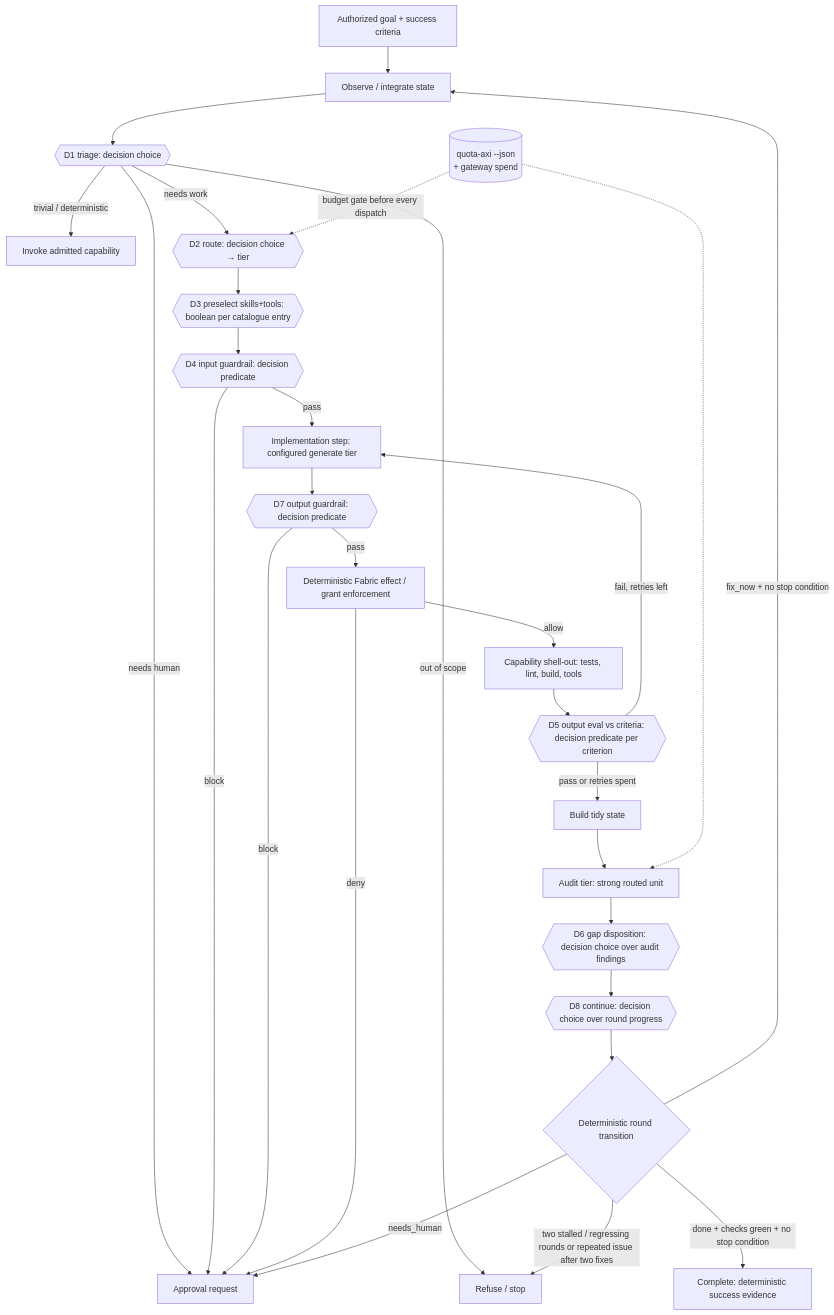
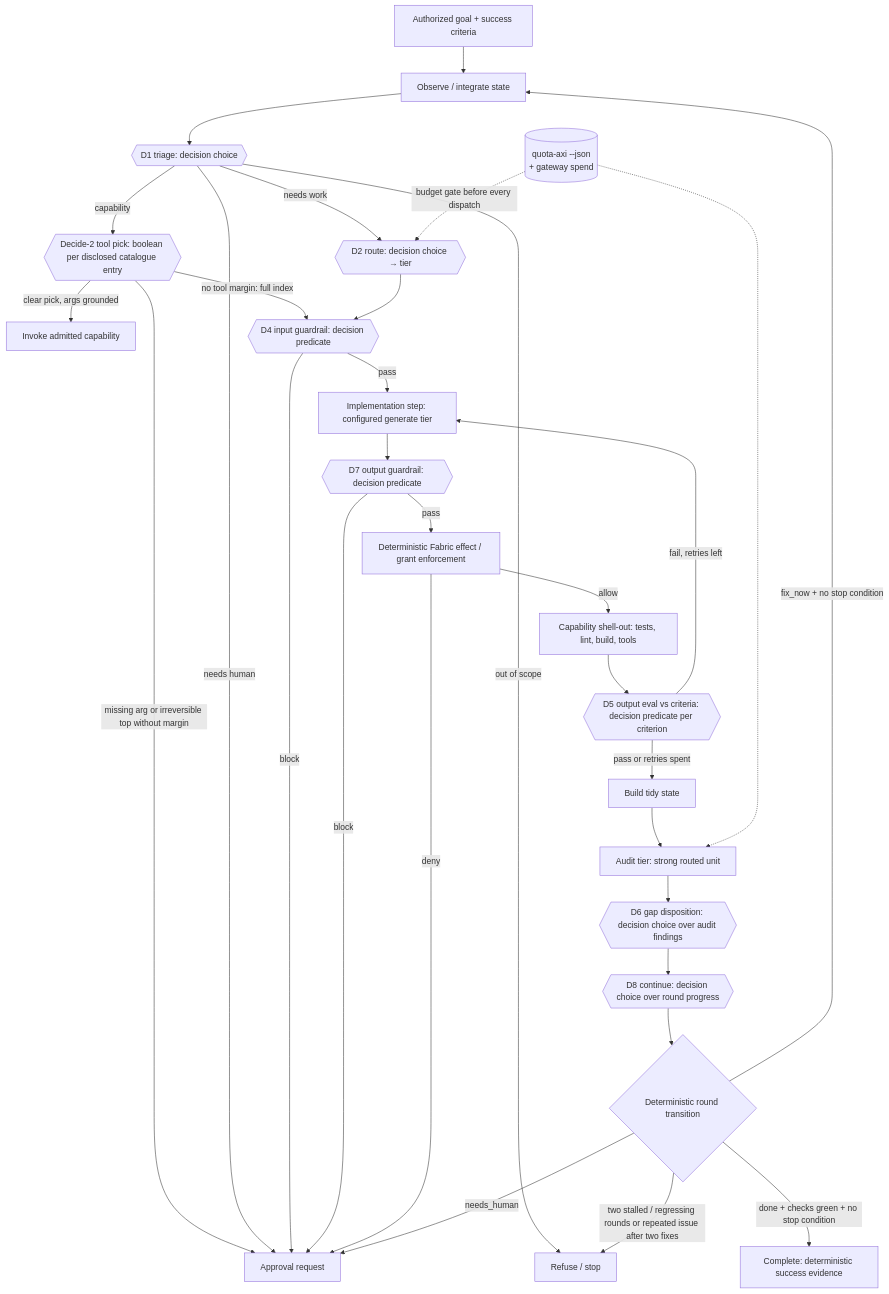
The diagram in docs/m7-decision-loop.md (CrowBe/weave), drawn with Mermaid before and after one commit. The commit also changed other lines of this file and 18 other files, not shown here.

First line of the commit message:
feat(loom): Decide-2 picks one catalogue entry; D3 leaves the loop (WV-S1 P4c) (#413) (#422)

````diff
--- a/docs/m7-decision-loop.md
+++ b/docs/m7-decision-loop.md
@@ -32,31 +32,33 @@
 ```mermaid
 flowchart TD
   G[Authorized goal + success criteria] --> O[Observe / integrate state]
   O --> T{{D1 triage: decision choice}}
-  T -->|trivial / deterministic| CAP[Invoke admitted capability]
+  T -->|capability| DEC2{{Decide-2 tool pick: boolean per disclosed catalogue entry}}
+  DEC2 -->|clear pick, args grounded| CAP[Invoke admitted capability]
+  DEC2 -->|missing arg or irreversible top without margin| ASK
+  DEC2 -->|no tool margin: full index| GR
   T -->|needs work| R{{D2 route: decision choice → tier}}
   T -->|needs human| ASK[Approval request]
   T -->|out of scope| STOP[Refuse / stop]
-  R --> PRE{{D3 preselect skills+tools: boolean per catalogue entry}}
-  PRE --> GR{{D4 input guardrail: decision predicate}}
+  R --> GR{{D4 input guardrail: decision predicate}}
   GR -->|block| ASK
   GR -->|pass| IMPL[Implementation step: configured generate tier]
   IMPL --> OUT{{D7 output guardrail: decision predicate}}
   OUT -->|block| ASK
   OUT -->|pass| EFFECT[Deterministic Fabric effect / grant enforcement]
   EFFECT -->|deny| ASK
   EFFECT -->|allow| SH[Capability shell-out: tests, lint, build, tools]
   SH --> OE{{D5 output eval vs criteria: decision predicate per criterion}}
   OE -->|fail, retries left| IMPL
   OE -->|pass or retries spent| TS[Build tidy state]
   TS --> AUD[Audit tier: strong routed unit]
   AUD --> GAP{{D6 gap disposition: decision choice over audit findings}}
   GAP --> CONT{{D8 continue: decision choice over round progress}}
   CONT --> NEXT{Deterministic round transition}
   NEXT -->|two stalled / regressing rounds or repeated issue after two fixes| STOP
   NEXT -->|fix_now + no stop condition| O
   NEXT -->|needs_human| ASK
   NEXT -->|done + checks green + no stop condition| DONE[Complete: deterministic success evidence]
   Q[(quota-axi --json<br/>+ gateway spend)] -.budget gate before every dispatch.-> R
   Q -.-> AUD
 ```
````
